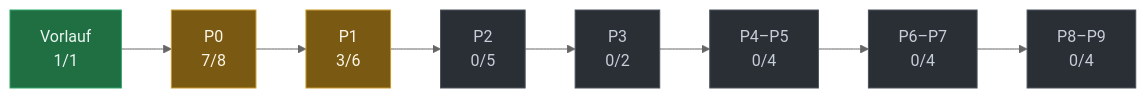
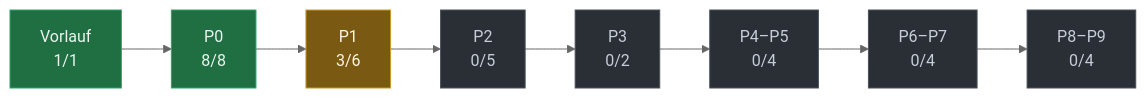
Before and after one commit to evenacadia-tech/Nakama: the diagram in docs/PLAN-STAND.md, drawn with Mermaid (neutral theme). The commit also changed other lines of this file and 3 other files, not shown here.

````diff
--- a/docs/PLAN-STAND.md
+++ b/docs/PLAN-STAND.md
@@ -28,21 +28,21 @@
 ```mermaid
 flowchart LR
   P0["Vorlauf<br/>1/1"]:::fertig
-  P1["P0<br/>7/8"]:::laeuft
+  P1["P0<br/>8/8"]:::fertig
   P0 --> P1
   P2["P1<br/>3/6"]:::laeuft
   P1 --> P2
   P3["P2<br/>0/5"]:::offen
   P2 --> P3
   P4["P3<br/>0/2"]:::offen
   P3 --> P4
   P5["P4–P5<br/>0/4"]:::offen
   P4 --> P5
   P6["P6–P7<br/>0/4"]:::offen
   P5 --> P6
   P7["P8–P9<br/>0/4"]:::offen
   P6 --> P7
   classDef fertig fill:#1f6f43,stroke:#2ea36a,color:#eaf6ef
   classDef laeuft fill:#7a5a12,stroke:#c99a2e,color:#fdf6e6
   classDef offen  fill:#2a2f36,stroke:#4a525c,color:#c7ced8
 ```
````
